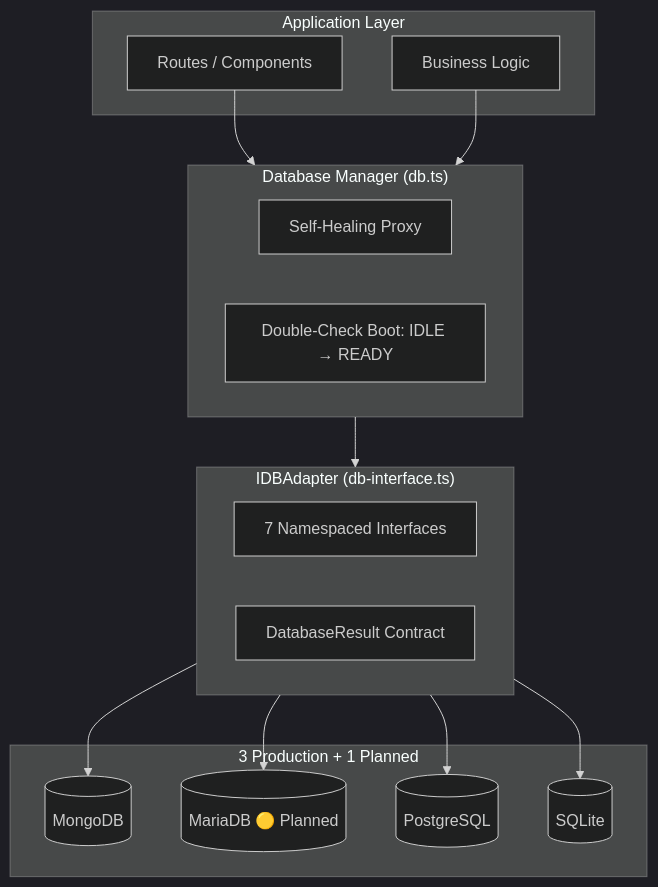
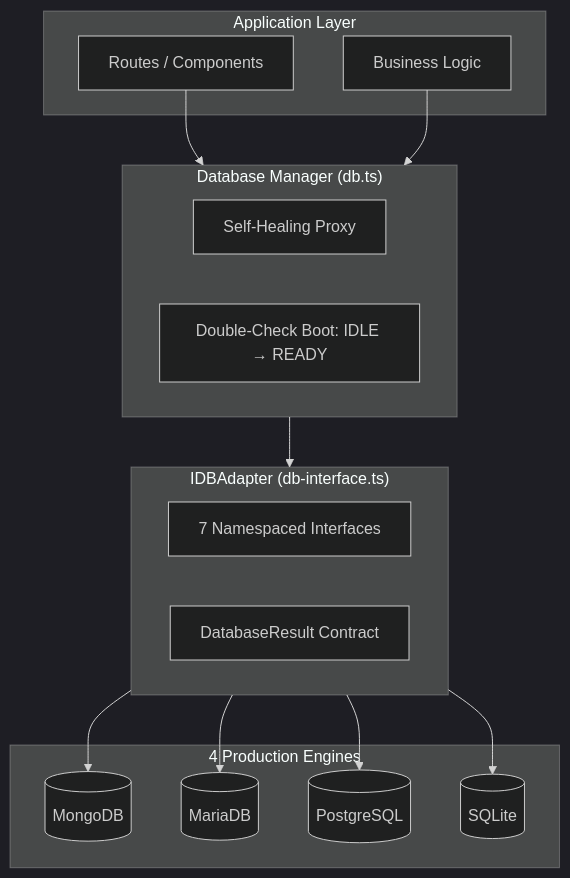
The diagram in docs/reference/database/index.mdx (SveltyCMS/SveltyCMS), drawn with Mermaid (dark theme) before and after one commit. The commit also changed other lines of this file and 25 other files, not shown here.

````diff
--- a/docs/reference/database/index.mdx
+++ b/docs/reference/database/index.mdx
@@ -42,24 +42,24 @@
 ```mermaid
 graph TD
     subgraph App["Application Layer"]
         B[Routes / Components]
         C[Business Logic]
     end
     subgraph Core["Database Manager (db.ts)"]
         D[Self-Healing Proxy]
         E[Double-Check Boot: IDLE → READY]
     end
     subgraph Interface["IDBAdapter (db-interface.ts)"]
         F[7 Namespaced Interfaces]
         G[DatabaseResult Contract]
     end
-    subgraph Adapters["3 Production + 1 Planned"]
+    subgraph Adapters["4 Production Engines"]
         H[(MongoDB)]
-        I[(MariaDB 🟡 Planned)]
+        I[(MariaDB)]
         J[(PostgreSQL)]
         K[(SQLite)]
     end
     B & C --> Core
     Core --> Interface
     Interface --> H & I & J & K
 ```
````
